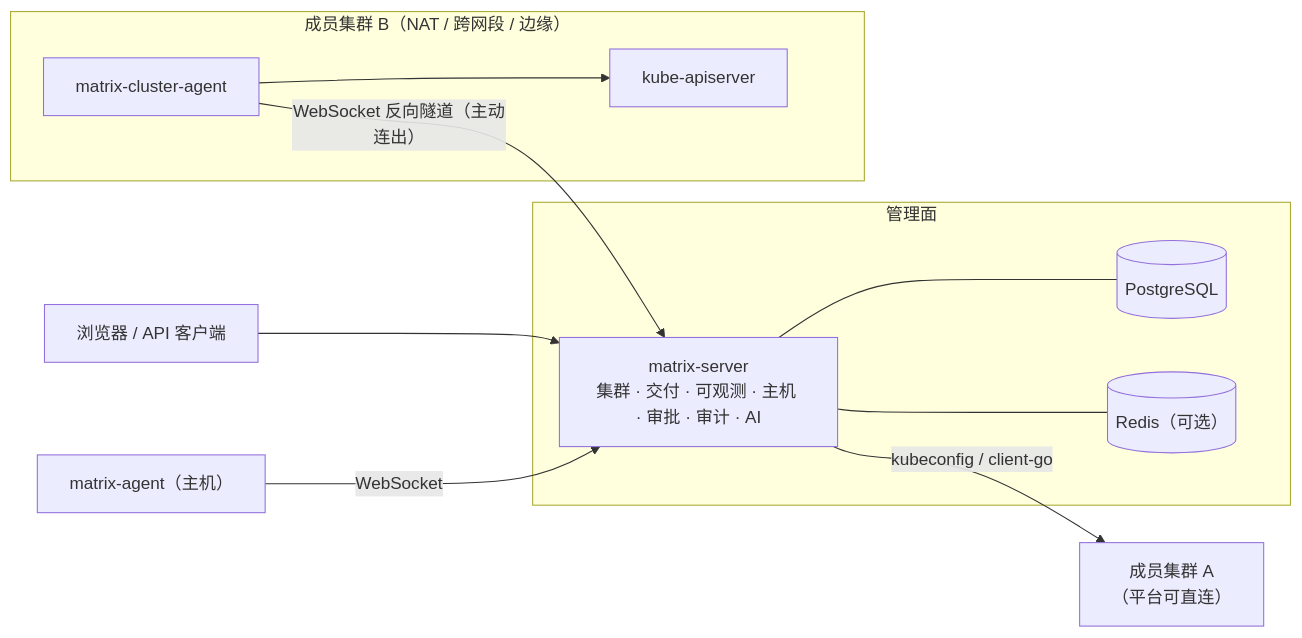
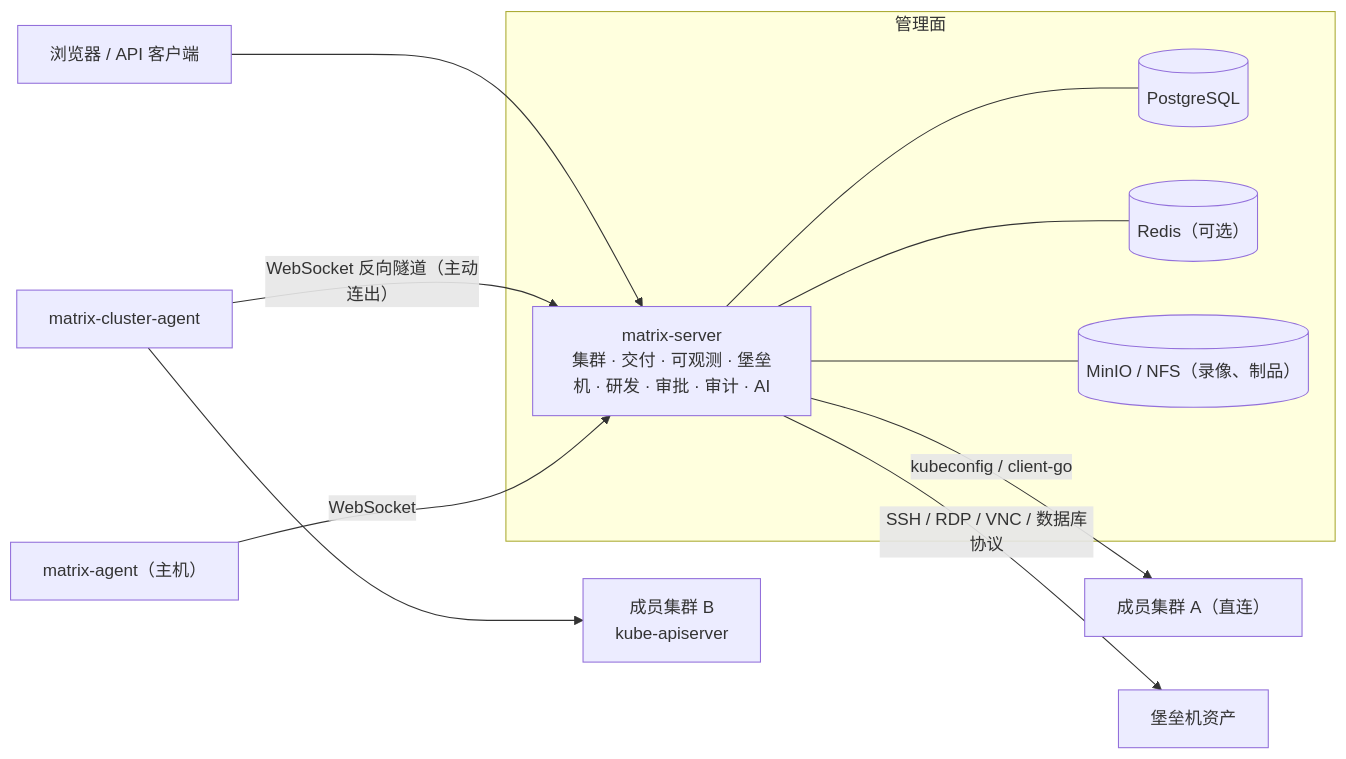
The diagram in README.md (yangguangdijia/xingshu-matrix), drawn with Mermaid before and after one commit. The commit also changed other lines of this file and 89 other files, not shown here.

````diff
--- a/README.md
+++ b/README.md
@@ -49,20 +69,20 @@
 ```mermaid
 flowchart LR
   user["浏览器 / API 客户端"] --> server
 
   subgraph control["管理面"]
-    server["matrix-server<br/>集群 · 交付 · 可观测 · 主机 · 审批 · 审计 · AI"]
+    server["matrix-server<br/>集群 · 交付 · 可观测 · 堡垒机 · 研发 · 审批 · 审计 · AI"]
     pg[("PostgreSQL")]
     redis[("Redis（可选）")]
+    obj[("MinIO / NFS（录像、制品）")]
     server --- pg
     server --- redis
+    server --- obj
   end
 
-  subgraph c2["成员集群 B（NAT / 跨网段 / 边缘）"]
-    agent["matrix-cluster-agent"] --> api["kube-apiserver"]
-  end
-
-  server -- "kubeconfig / client-go" --> c1["成员集群 A<br/>（平台可直连）"]
-  agent -- "WebSocket 反向隧道（主动连出）" --> server
+  server -- "kubeconfig / client-go" --> c1["成员集群 A（直连）"]
+  agent["matrix-cluster-agent"] -- "WebSocket 反向隧道（主动连出）" --> server
+  agent --> api["成员集群 B<br/>kube-apiserver"]
   hostagent["matrix-agent（主机）"] -- "WebSocket" --> server
+  server -- "SSH / RDP / VNC / 数据库协议" --> assets["堡垒机资产"]
 ```
````
